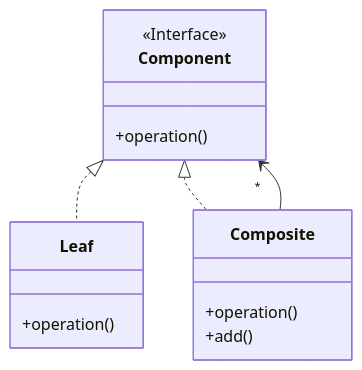
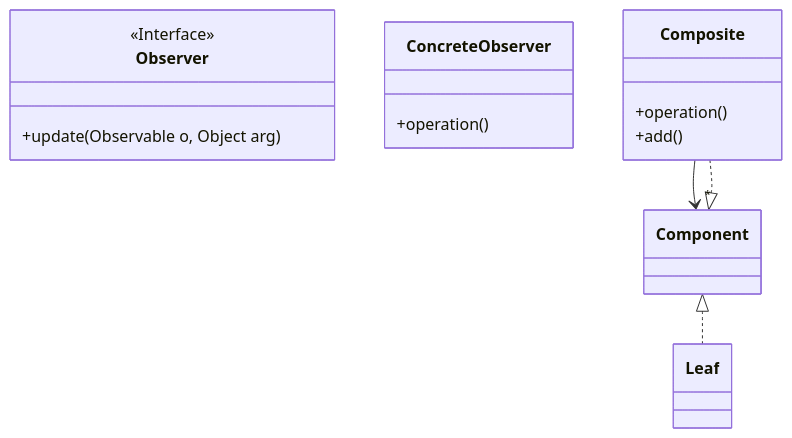
The diagram in patterns/observer/README.md (MohamedLargoYagoubi/Design-Patterns), drawn with Mermaid before and after one commit.

````diff
--- a/patterns/observer/README.md
+++ b/patterns/observer/README.md
@@ -18,25 +18,25 @@
 ```mermaid
 classDiagram
 
 
-class Component{
+class Observer{
     <<Interface>> 
-    +operation()
+    +update(Observable o, Object arg)
 }
 
-class Leaf{
+class Concrete Observer{
     +operation()
 }
 
 class Composite{
     +operation()
     +add()
 }
 
 Component <|.. Leaf
 Component <|.. Composite
 
 Composite --> "*" Component
 
 
 ```
````
